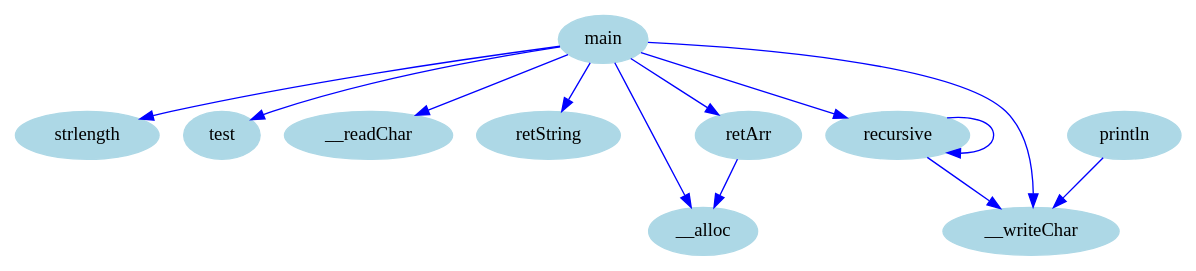
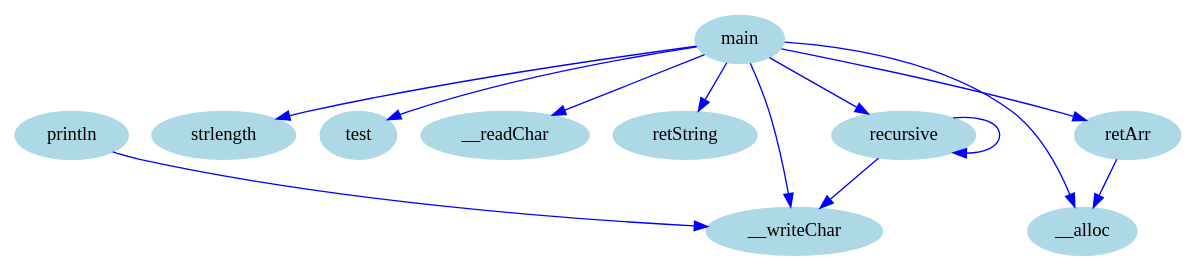
The diagram in outputs/cfg/cg.dot (zavar152-cv/myLang-oop-compiler), drawn with Graphviz before and after one commit. The commit also changed other lines of this file and 6 other files, not shown here.

```diff
--- a/outputs/cfg/cg.dot
+++ b/outputs/cfg/cg.dot
@@ -1,27 +1,27 @@
 digraph CallGraph {
     node [shape=ellipse, style=filled, color=lightblue];
 
+    "println";
     "strlength";
     "test";
     "__readChar";
     "retString";
     "main";
     "__alloc";
     "retArr";
+    "__writeChar";
     "recursive";
-    "__writeChar";
-    "println";
 
+    "println" -> "__writeChar" [color=blue];
     "main" -> "strlength" [color=blue];
     "main" -> "recursive" [color=blue];
     "main" -> "retArr" [color=blue];
     "main" -> "__alloc" [color=blue];
     "main" -> "test" [color=blue];
     "main" -> "__readChar" [color=blue];
     "main" -> "retString" [color=blue];
     "main" -> "__writeChar" [color=blue];
     "retArr" -> "__alloc" [color=blue];
     "recursive" -> "recursive" [color=blue];
     "recursive" -> "__writeChar" [color=blue];
-    "println" -> "__writeChar" [color=blue];
 }
```
